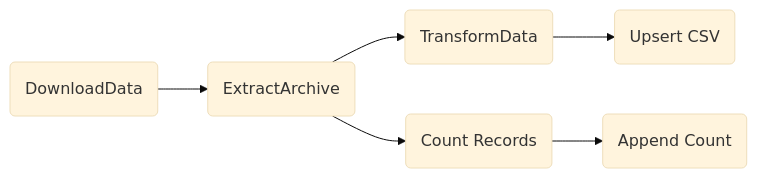
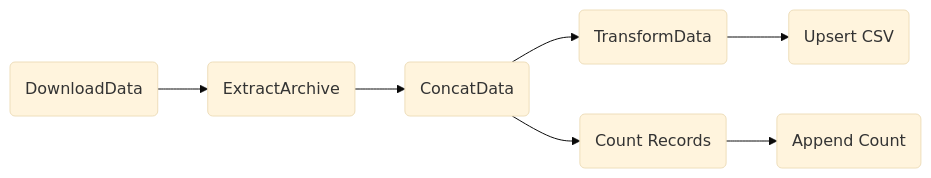
The diagram in README.md (darren-sm/Weather-Data-Pipeline), drawn with Mermaid (base theme) before and after one commit. The commit also changed other lines of this file, not shown here.

Commit message:
Info on new task for Daily DAG

````diff
--- a/README.md
+++ b/README.md
@@ -11,9 +11,10 @@
 ```mermaid
 graph LR
 A(DownloadData) 
 A --> B(ExtractArchive)
-B --> C(TransformData)
-C --> D(Upsert CSV)
-B --> X(Count Records)
+B --> C(ConcatData)
+C --> D(TransformData)
+D --> E(Upsert CSV)
+C --> X(Count Records)
 X --> Y(Append Count)
 ```
````
